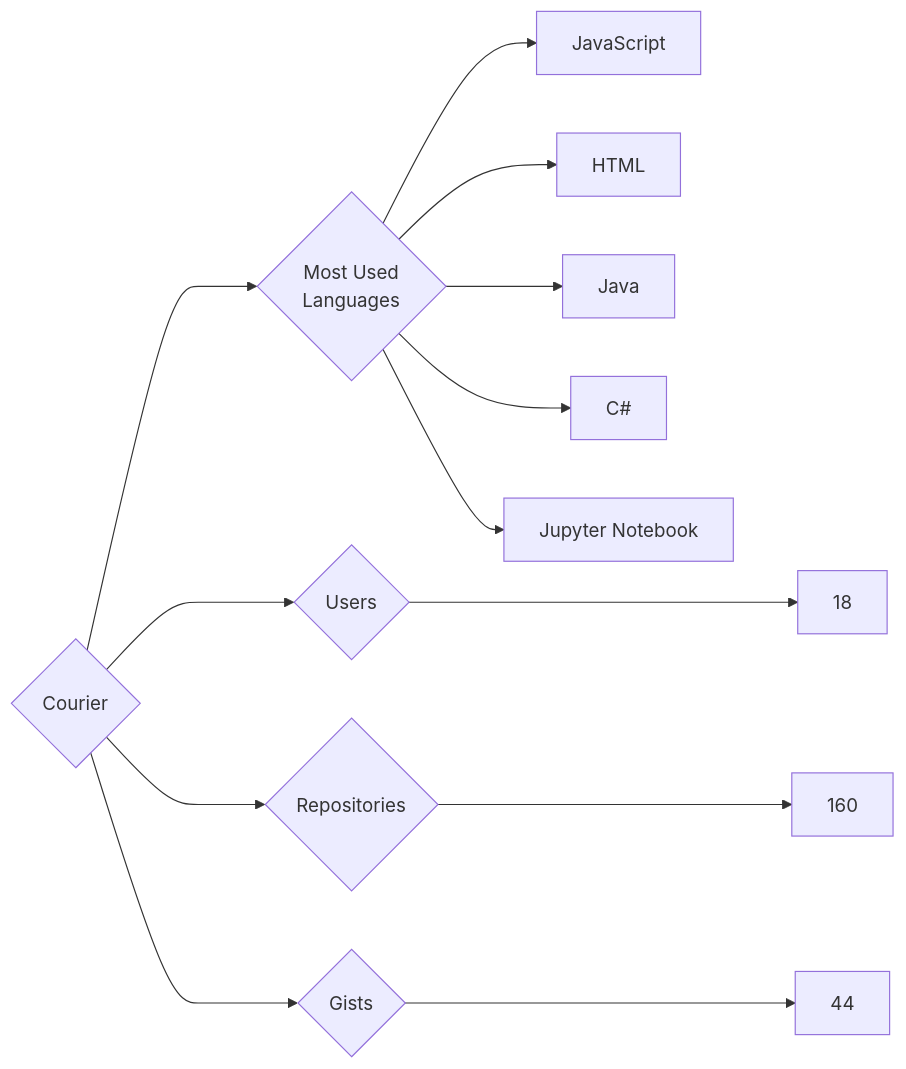
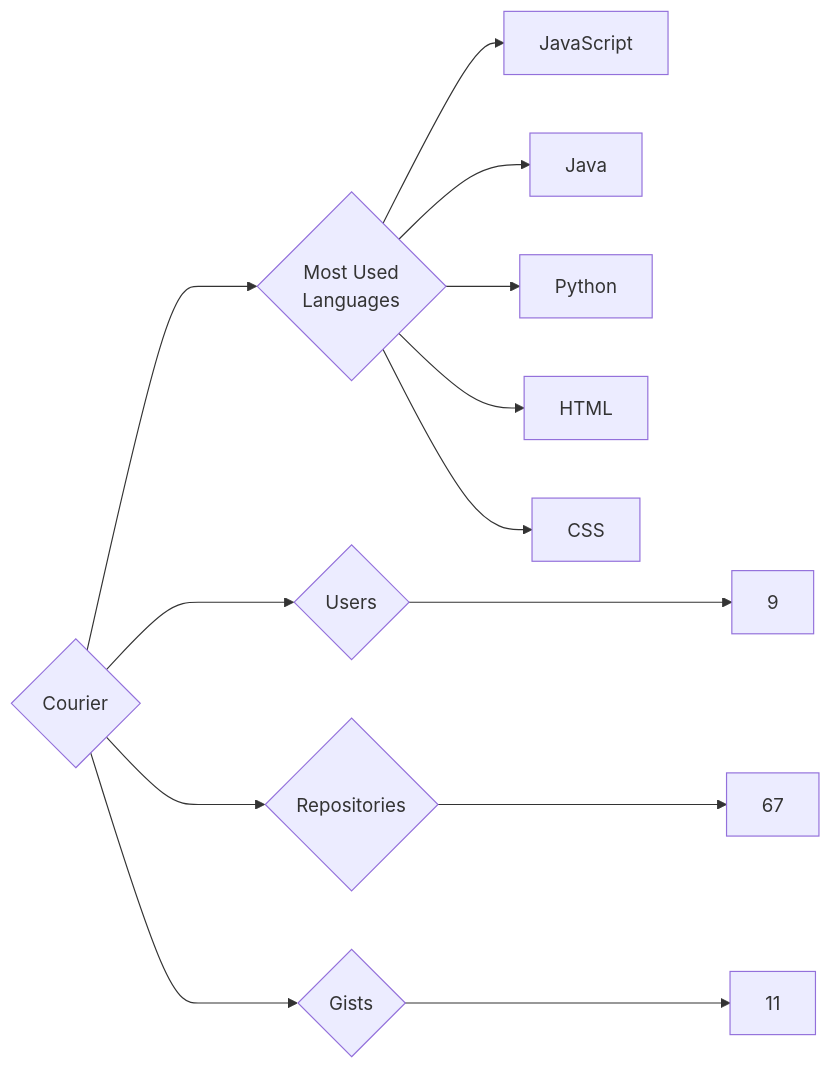
One commit to trickest/insiders changed the diagram in targets/Courier/README.md. Above: the diagram before and after it, drawn with Mermaid. The commit also changed 629 other files, not shown here.

````diff
--- a/targets/Courier/README.md
+++ b/targets/Courier/README.md
@@ -3,13 +3,13 @@
 ```mermaid
 graph LR
 COMPANY_NAME{Courier}
-COMPANY_NAME ---> U{Users} ---> UN[18]
-COMPANY_NAME ---> R{Repositories} ---> RN[160]
-COMPANY_NAME ---> G{Gists} ---> GN[44]
+COMPANY_NAME ---> U{Users} ---> UN[9]
+COMPANY_NAME ---> R{Repositories} ---> RN[67]
+COMPANY_NAME ---> G{Gists} ---> GN[11]
 COMPANY_NAME ---> ML{Most Used<br>Languages}
 ML --> JavaScript[JavaScript]
+ML --> Java[Java]
+ML --> Python[Python]
 ML --> HTML[HTML]
-ML --> Java[Java]
-ML --> C#[C#]
-ML --> Jupyter_Notebook[Jupyter Notebook]
+ML --> CSS[CSS]
 ```
````
